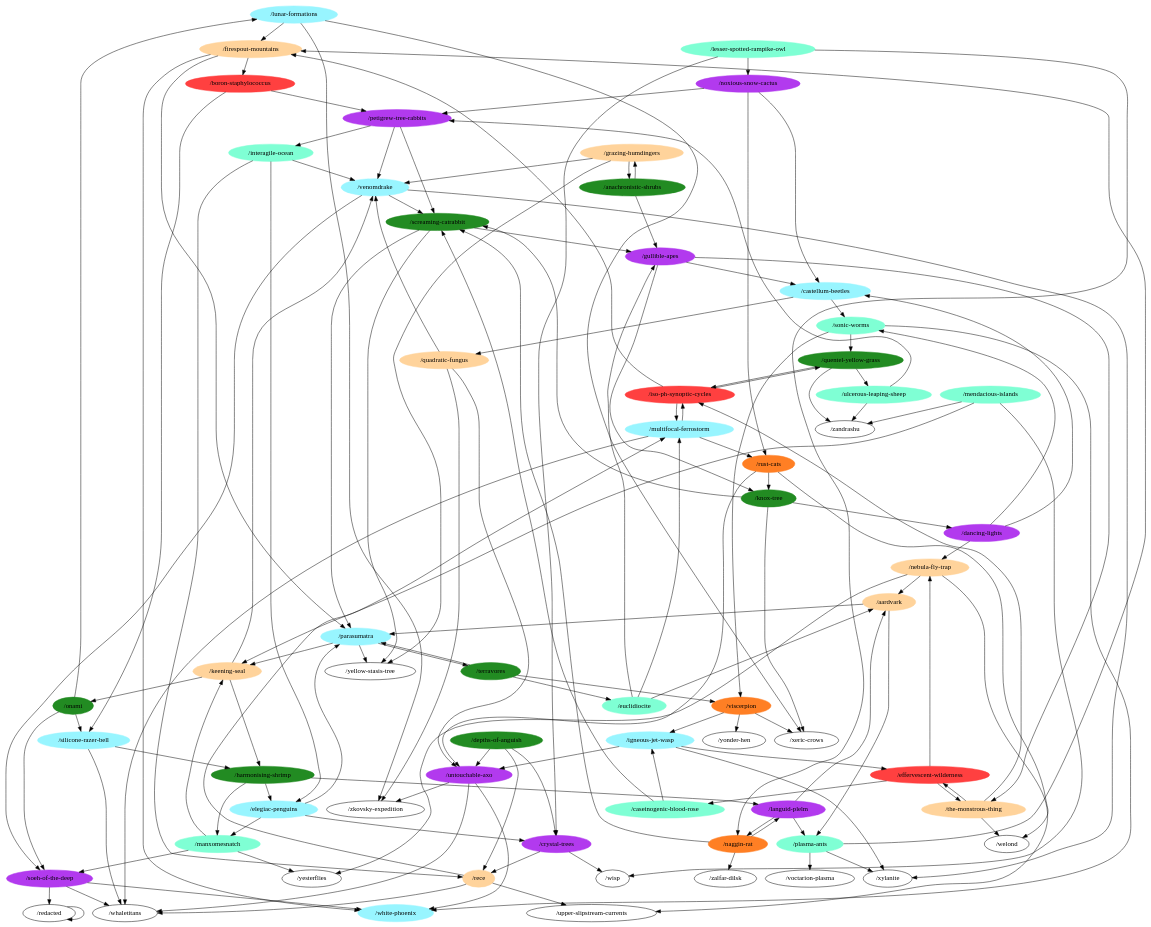
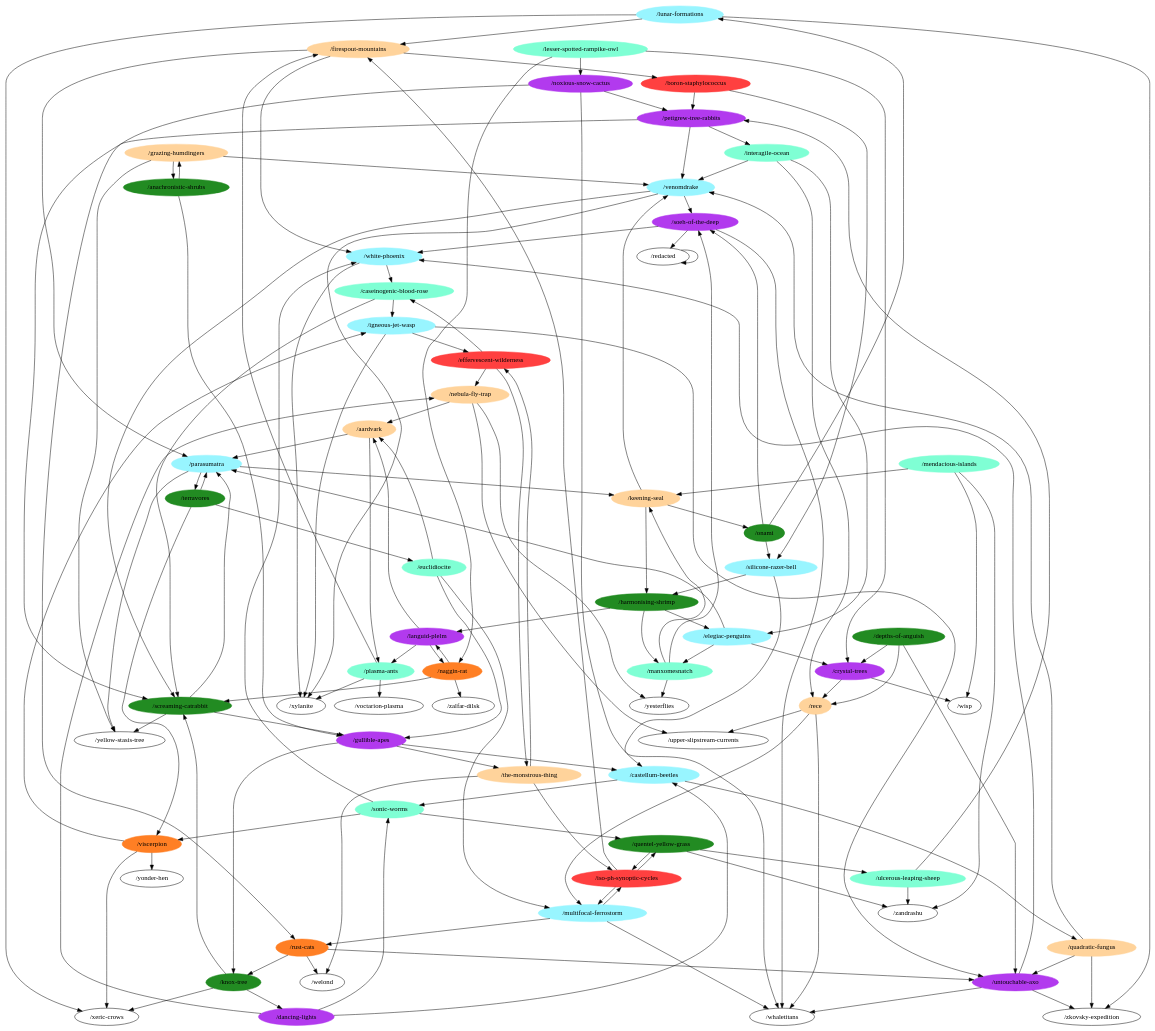
One commit to m-r-hunt/od117-walker changed the diagram in general.dot. Above: the diagram before and after it, drawn with Graphviz. The commit also changed 3 other files, not shown here.

Commit message:
Update graphs.

```diff
--- a/general.dot
+++ b/general.dot
@@ -1,198 +1,200 @@
 digraph G {
 "/lunar-formations" [color=cadetblue1,style=filled];
 "/naggin-rat" [color=chocolate1,style=filled];
 "/iso-ph-synoptic-cycles" [color=brown1,style=filled];
 "/multifocal-ferrostorm" [color=cadetblue1,style=filled];
 "/effervescent-wilderness" [color=brown1,style=filled];
 "/harmonising-shrimp" [color=forestgreen,style=filled];
 "/soeh-of-the-deep" [color=darkorchid2,style=filled];
 "/boron-staphylococcus" [color=brown1,style=filled];
 "/untouchable-axo" [color=darkorchid2,style=filled];
 "/castellum-beetles" [color=cadetblue1,style=filled];
 "/upper-slipstream-currents";
 "/firespout-mountains" [color=burlywood1,style=filled];
 "/xeric-crows";
 "/zalfar-dilsk";
 "/nebula-fly-trap" [color=burlywood1,style=filled];
 "/igneous-jet-wasp" [color=cadetblue1,style=filled];
 "/lesser-spotted-rampike-owl" [color=aquamarine,style=filled];
 "/wisp";
 "/yonder-hen";
 "/venomdrake" [color=cadetblue1,style=filled];
 "/petigrew-tree-rabbits" [color=darkorchid2,style=filled];
 "/welond";
 "/quentel-yellow-grass" [color=forestgreen,style=filled];
 "/noxious-snow-cactus" [color=darkorchid2,style=filled];
 "/grazing-humdingers" [color=burlywood1,style=filled];
 "/viscerpion" [color=chocolate1,style=filled];
 "/mendacious-islands" [color=aquamarine,style=filled];
 "/zandrashu";
 "/dancing-lights" [color=darkorchid2,style=filled];
 "/yesterflies";
 "/rece" [color=burlywood1,style=filled];
 "/languid-plelm" [color=darkorchid2,style=filled];
 "/interagile-ocean" [color=aquamarine,style=filled];
 "/ulcerous-leaping-sheep" [color=aquamarine,style=filled];
 "/quadratic-fungus" [color=burlywood1,style=filled];
 "/rust-cats" [color=chocolate1,style=filled];
 "/euclidiocite" [color=aquamarine,style=filled];
 "/sonic-worms" [color=aquamarine,style=filled];
 "/crystal-trees" [color=darkorchid2,style=filled];
 "/yellow-stasis-tree";
 "/silicone-razer-bell" [color=cadetblue1,style=filled];
 "/depths-of-anguish" [color=forestgreen,style=filled];
 "/whaletitans";
 "/elegiac-penguins" [color=cadetblue1,style=filled];
 "/the-monstrous-thing" [color=burlywood1,style=filled];
 "/onami" [color=forestgreen,style=filled];
 "/gullible-apes" [color=darkorchid2,style=filled];
 "/knox-tree" [color=forestgreen,style=filled];
 "/parasumatra" [color=cadetblue1,style=filled];
 "/white-phoenix" [color=cadetblue1,style=filled];
 "/manxomesnatch" [color=aquamarine,style=filled];
 "/redacted";
 "/plasma-ants" [color=aquamarine,style=filled];
 "/anachronistic-shrubs" [color=forestgreen,style=filled];
 "/keening-seal" [color=burlywood1,style=filled];
 "/caseinogenic-blood-rose" [color=aquamarine,style=filled];
 "/xylanite";
 "/voctarion-plasma";
 "/terravores" [color=forestgreen,style=filled];
 "/zkovsky-expedition";
 "/screaming-catrabbit" [color=forestgreen,style=filled];
 "/aardvark" [color=burlywood1,style=filled];
 "/lunar-formations" -> "/firespout-mountains";
 "/lunar-formations" -> "/xeric-crows";
 "/lunar-formations" -> "/zkovsky-expedition";
 "/naggin-rat" -> "/zalfar-dilsk";
 "/naggin-rat" -> "/languid-plelm";
 "/naggin-rat" -> "/screaming-catrabbit";
 "/iso-ph-synoptic-cycles" -> "/multifocal-ferrostorm";
 "/iso-ph-synoptic-cycles" -> "/firespout-mountains";
 "/iso-ph-synoptic-cycles" -> "/quentel-yellow-grass";
 "/multifocal-ferrostorm" -> "/iso-ph-synoptic-cycles";
 "/multifocal-ferrostorm" -> "/rust-cats";
 "/multifocal-ferrostorm" -> "/whaletitans";
 "/effervescent-wilderness" -> "/nebula-fly-trap";
 "/effervescent-wilderness" -> "/the-monstrous-thing";
 "/effervescent-wilderness" -> "/caseinogenic-blood-rose";
 "/harmonising-shrimp" -> "/languid-plelm";
 "/harmonising-shrimp" -> "/elegiac-penguins";
 "/harmonising-shrimp" -> "/manxomesnatch";
 "/soeh-of-the-deep" -> "/whaletitans";
 "/soeh-of-the-deep" -> "/white-phoenix";
 "/soeh-of-the-deep" -> "/redacted";
 "/boron-staphylococcus" -> "/petigrew-tree-rabbits";
 "/boron-staphylococcus" -> "/silicone-razer-bell";
 "/untouchable-axo" -> "/whaletitans";
 "/untouchable-axo" -> "/white-phoenix";
 "/untouchable-axo" -> "/zkovsky-expedition";
 "/castellum-beetles" -> "/quadratic-fungus";
 "/castellum-beetles" -> "/sonic-worms";
 "/firespout-mountains" -> "/boron-staphylococcus";
 "/firespout-mountains" -> "/parasumatra";
 "/firespout-mountains" -> "/white-phoenix";
 "/nebula-fly-trap" -> "/upper-slipstream-currents";
 "/nebula-fly-trap" -> "/yesterflies";
 "/nebula-fly-trap" -> "/aardvark";
 "/igneous-jet-wasp" -> "/effervescent-wilderness";
 "/igneous-jet-wasp" -> "/untouchable-axo";
 "/igneous-jet-wasp" -> "/xylanite";
 "/lesser-spotted-rampike-owl" -> "/naggin-rat";
 "/lesser-spotted-rampike-owl" -> "/noxious-snow-cactus";
 "/lesser-spotted-rampike-owl" -> "/crystal-trees";
 "/venomdrake" -> "/soeh-of-the-deep";
 "/venomdrake" -> "/xylanite";
 "/venomdrake" -> "/screaming-catrabbit";
 "/petigrew-tree-rabbits" -> "/venomdrake";
 "/petigrew-tree-rabbits" -> "/interagile-ocean";
 "/petigrew-tree-rabbits" -> "/screaming-catrabbit";
 "/quentel-yellow-grass" -> "/iso-ph-synoptic-cycles";
 "/quentel-yellow-grass" -> "/zandrashu";
 "/quentel-yellow-grass" -> "/ulcerous-leaping-sheep";
 "/noxious-snow-cactus" -> "/castellum-beetles";
 "/noxious-snow-cactus" -> "/petigrew-tree-rabbits";
 "/noxious-snow-cactus" -> "/rust-cats";
 "/grazing-humdingers" -> "/venomdrake";
 "/grazing-humdingers" -> "/yellow-stasis-tree";
 "/grazing-humdingers" -> "/anachronistic-shrubs";
 "/viscerpion" -> "/xeric-crows";
 "/viscerpion" -> "/igneous-jet-wasp";
 "/viscerpion" -> "/yonder-hen";
 "/mendacious-islands" -> "/wisp";
 "/mendacious-islands" -> "/zandrashu";
 "/mendacious-islands" -> "/keening-seal";
 "/dancing-lights" -> "/castellum-beetles";
 "/dancing-lights" -> "/nebula-fly-trap";
 "/dancing-lights" -> "/sonic-worms";
 "/rece" -> "/multifocal-ferrostorm";
 "/rece" -> "/upper-slipstream-currents";
 "/rece" -> "/whaletitans";
 "/languid-plelm" -> "/naggin-rat";
 "/languid-plelm" -> "/plasma-ants";
 "/languid-plelm" -> "/aardvark";
 "/interagile-ocean" -> "/venomdrake";
 "/interagile-ocean" -> "/rece";
 "/interagile-ocean" -> "/elegiac-penguins";
 "/ulcerous-leaping-sheep" -> "/petigrew-tree-rabbits";
 "/ulcerous-leaping-sheep" -> "/zandrashu";
 "/quadratic-fungus" -> "/untouchable-axo";
 "/quadratic-fungus" -> "/venomdrake";
 "/quadratic-fungus" -> "/zkovsky-expedition";
 "/rust-cats" -> "/untouchable-axo";
 "/rust-cats" -> "/welond";
 "/rust-cats" -> "/knox-tree";
 "/euclidiocite" -> "/multifocal-ferrostorm";
 "/euclidiocite" -> "/gullible-apes";
 "/euclidiocite" -> "/aardvark";
 "/sonic-worms" -> "/quentel-yellow-grass";
 "/sonic-worms" -> "/viscerpion";
 "/sonic-worms" -> "/white-phoenix";
 "/crystal-trees" -> "/wisp";
 "/crystal-trees" -> "/rece";
 "/silicone-razer-bell" -> "/harmonising-shrimp";
 "/silicone-razer-bell" -> "/whaletitans";
 "/depths-of-anguish" -> "/untouchable-axo";
 "/depths-of-anguish" -> "/rece";
 "/depths-of-anguish" -> "/crystal-trees";
 "/elegiac-penguins" -> "/crystal-trees";
 "/elegiac-penguins" -> "/parasumatra";
 "/elegiac-penguins" -> "/manxomesnatch";
 "/the-monstrous-thing" -> "/iso-ph-synoptic-cycles";
 "/the-monstrous-thing" -> "/effervescent-wilderness";
 "/the-monstrous-thing" -> "/welond";
 "/onami" -> "/lunar-formations";
 "/onami" -> "/soeh-of-the-deep";
 "/onami" -> "/silicone-razer-bell";
 "/gullible-apes" -> "/castellum-beetles";
 "/gullible-apes" -> "/the-monstrous-thing";
 "/gullible-apes" -> "/knox-tree";
 "/knox-tree" -> "/xeric-crows";
 "/knox-tree" -> "/dancing-lights";
 "/knox-tree" -> "/screaming-catrabbit";
 "/parasumatra" -> "/yellow-stasis-tree";
 "/parasumatra" -> "/keening-seal";
 "/parasumatra" -> "/terravores";
+"/white-phoenix" -> "/caseinogenic-blood-rose";
+"/white-phoenix" -> "/xylanite";
 "/manxomesnatch" -> "/soeh-of-the-deep";
 "/manxomesnatch" -> "/yesterflies";
 "/manxomesnatch" -> "/keening-seal";
 "/redacted" -> "/redacted";
 "/plasma-ants" -> "/firespout-mountains";
 "/plasma-ants" -> "/xylanite";
 "/plasma-ants" -> "/voctarion-plasma";
 "/anachronistic-shrubs" -> "/grazing-humdingers";
 "/anachronistic-shrubs" -> "/gullible-apes";
 "/keening-seal" -> "/harmonising-shrimp";
 "/keening-seal" -> "/venomdrake";
 "/keening-seal" -> "/onami";
 "/caseinogenic-blood-rose" -> "/igneous-jet-wasp";
 "/caseinogenic-blood-rose" -> "/screaming-catrabbit";
 "/terravores" -> "/viscerpion";
 "/terravores" -> "/euclidiocite";
 "/terravores" -> "/parasumatra";
 "/screaming-catrabbit" -> "/yellow-stasis-tree";
 "/screaming-catrabbit" -> "/gullible-apes";
 "/screaming-catrabbit" -> "/parasumatra";
 "/aardvark" -> "/parasumatra";
 "/aardvark" -> "/plasma-ants";
 }
```
